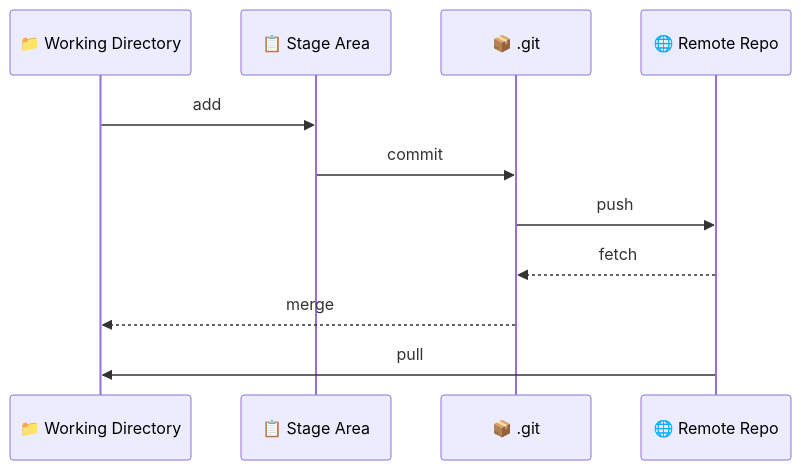
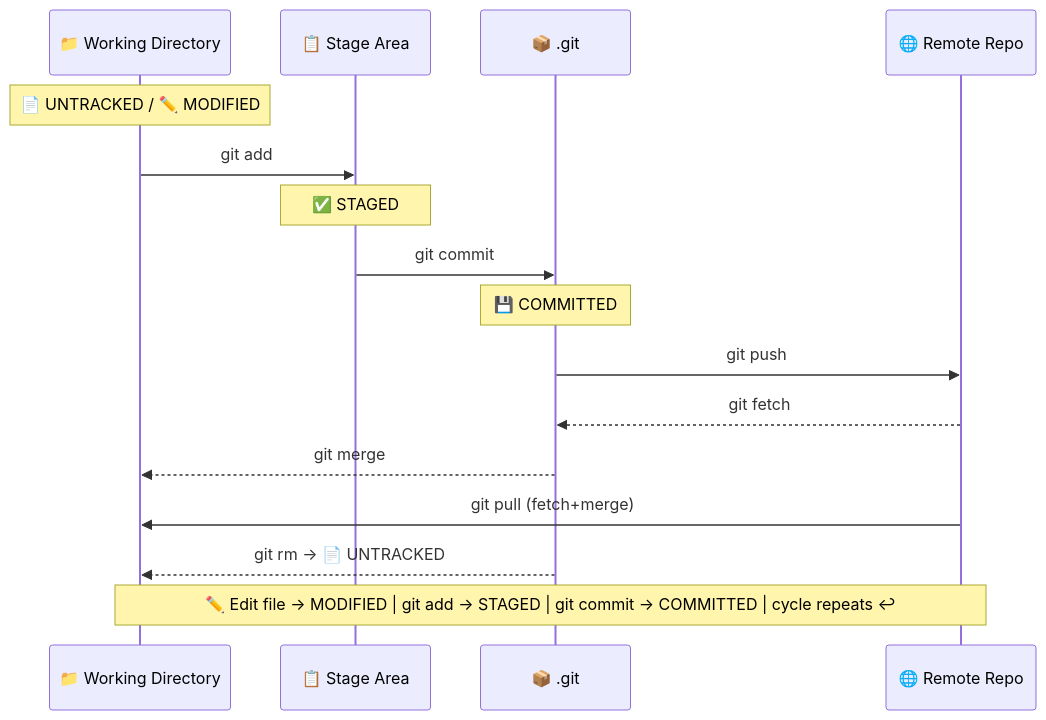
One commit to DaveFV91/GitCourse changed the fifth of 6 diagrams in 01-teoria/01-vcs-git-basics.md. Above: the diagram before and after it, drawn with Mermaid. The commit also changed other lines of this file, not shown here.

Commit message:
doc: update Git areas and file states for clarity and improved understanding

```diff
--- a/01-teoria/01-vcs-git-basics.md
+++ b/01-teoria/01-vcs-git-basics.md
@@ -89,14 +91,19 @@
 :::mermaid
 sequenceDiagram
-    participant 📁 Working Directory
-    participant 📋 Stage Area
-    participant 📦 .git
-    participant 🌐 Remote Repo
+    participant WD as 📁 Working Directory
+    participant SA as 📋 Stage Area
+    participant GIT as 📦 .git
+    participant RR as 🌐 Remote Repo
 
-    📁 Working Directory ->> 📋 Stage Area: add
-    📋 Stage Area ->> 📦 .git: commit
-    📦 .git ->> 🌐 Remote Repo: push
-    🌐 Remote Repo -->> 📦 .git: fetch
-    📦 .git -->> 📁 Working Directory: merge
-    🌐 Remote Repo ->> 📁 Working Directory: pull
+    Note over WD: 📄 UNTRACKED / ✏️ MODIFIED
+    WD ->> SA: git add
+    Note over SA: ✅ STAGED
+    SA ->> GIT: git commit
+    Note over GIT: 💾 COMMITTED
+    GIT ->> RR: git push
+    RR -->> GIT: git fetch
+    GIT -->> WD: git merge
+    RR ->> WD: git pull (fetch+merge)
+    GIT -->> WD: git rm → 📄 UNTRACKED
+    Note over WD,RR: ✏️ Edit file → MODIFIED | git add → STAGED | git commit → COMMITTED | cycle repeats ↩
 :::
```
